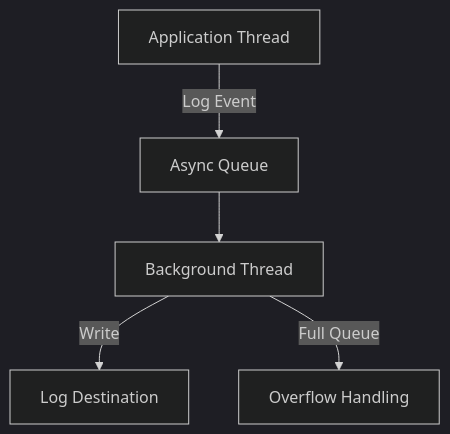
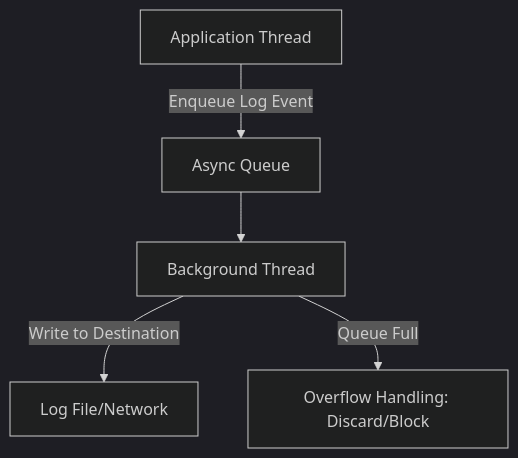
One commit to VrushankPatel/interview-matters changed the first of 2 diagrams in async-logging/README.md. Above: the diagram before and after it, drawn with Mermaid (dark theme). The commit also changed other lines of this file and 6 other files, not shown here.

````diff
--- a/async-logging/README.md
+++ b/async-logging/README.md
@@ -35,7 +35,7 @@
 ```mermaid
 graph TD
-    A[Application Thread] -->|Log Event| B[Async Queue]
+    A[Application Thread] -->|Enqueue Log Event| B[Async Queue]
     B --> C[Background Thread]
-    C -->|Write| D[Log Destination]
-    C -->|Full Queue| E[Overflow Handling]
+    C -->|Write to Destination| D[Log File/Network]
+    C -->|Queue Full| E[Overflow Handling: Discard/Block]
 ```
````
